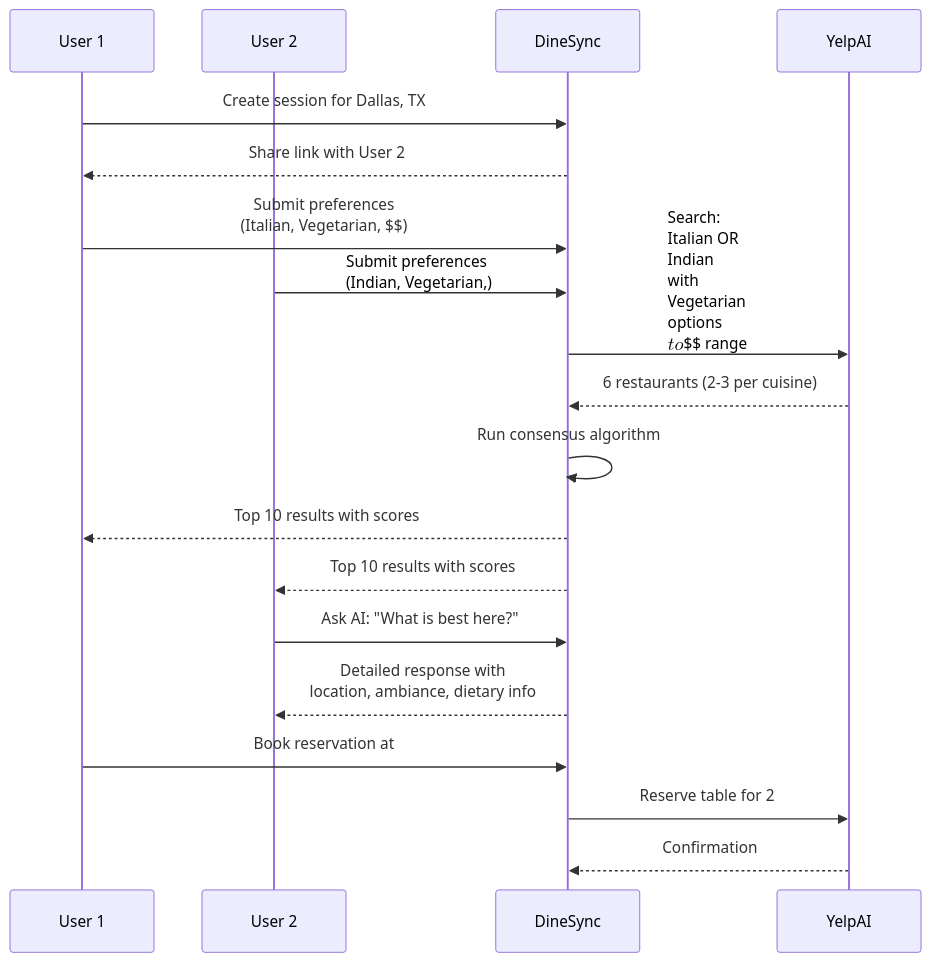
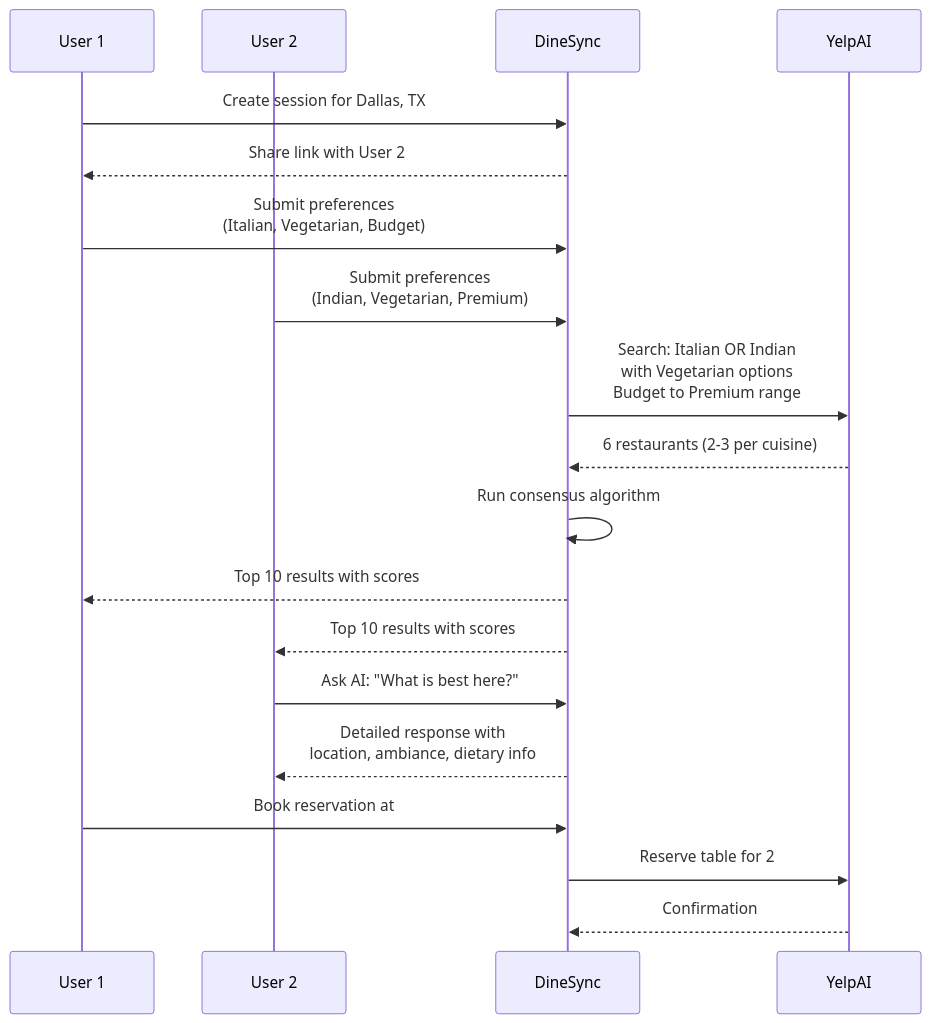
Before and after one commit to ankitlade12/DineSync: the third of 3 diagrams in README.md, drawn with Mermaid.

Commit message:
Fix Mermaid diagram rendering issue on GitHub

````diff
--- a/README.md
+++ b/README.md
@@ -316,27 +316,27 @@
 ```mermaid
 sequenceDiagram
     participant User 1
     participant User 2
     participant DineSync
     participant YelpAI
     
     User 1->>DineSync: Create session for Dallas, TX
     DineSync-->>User 1: Share link with User 2
     
-    User 1->>DineSync: Submit preferences<br/>(Italian, Vegetarian, $$)
-    User 2->>DineSync: Submit preferences<br/>(Indian, Vegetarian, $$$$)
+    User 1->>DineSync: Submit preferences<br/>(Italian, Vegetarian, Budget)
+    User 2->>DineSync: Submit preferences<br/>(Indian, Vegetarian, Premium)
     
-    DineSync->>YelpAI: Search: Italian OR Indian<br/>with Vegetarian options<br/>$$ to $$$$ range
+    DineSync->>YelpAI: Search: Italian OR Indian<br/>with Vegetarian options<br/>Budget to Premium range
     YelpAI-->>DineSync: 6 restaurants (2-3 per cuisine)
     
     DineSync->>DineSync: Run consensus algorithm
     DineSync-->>User 1: Top 10 results with scores
     DineSync-->>User 2: Top 10 results with scores
     
     User 2->>DineSync: Ask AI: "What is best here?"
     DineSync-->>User 2: Detailed response with<br/>location, ambiance, dietary info
     
     User 1->>DineSync: Book reservation at #1
     DineSync->>YelpAI: Reserve table for 2
     YelpAI-->>DineSync: Confirmation
 ```
````
